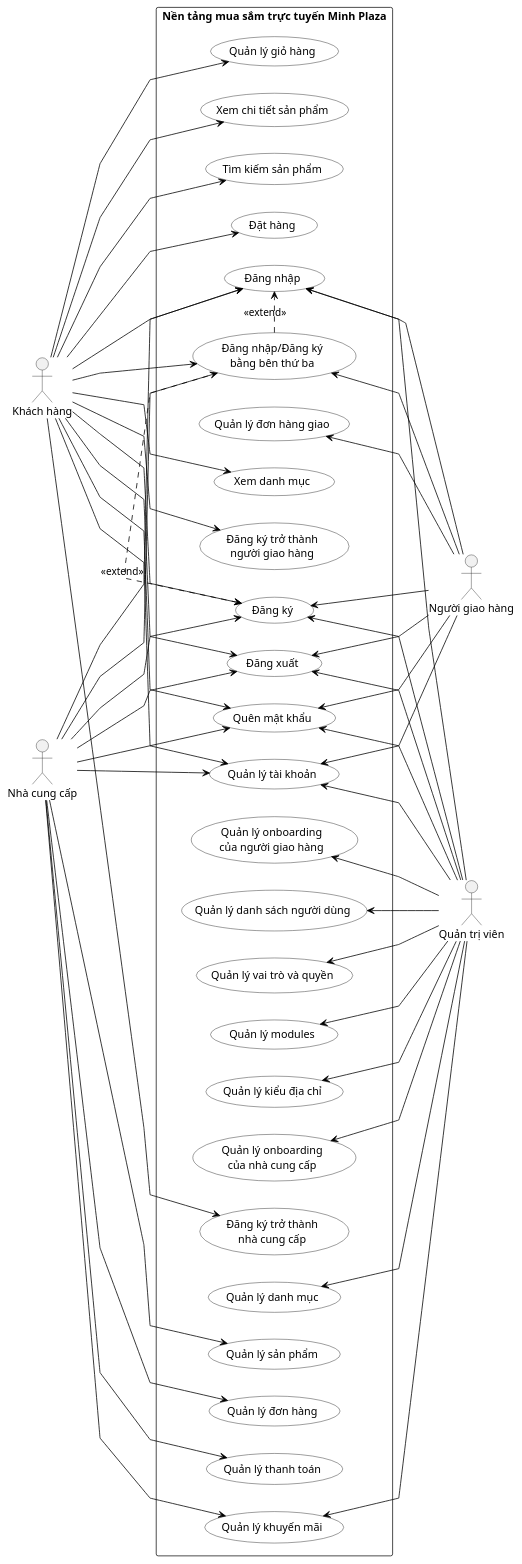
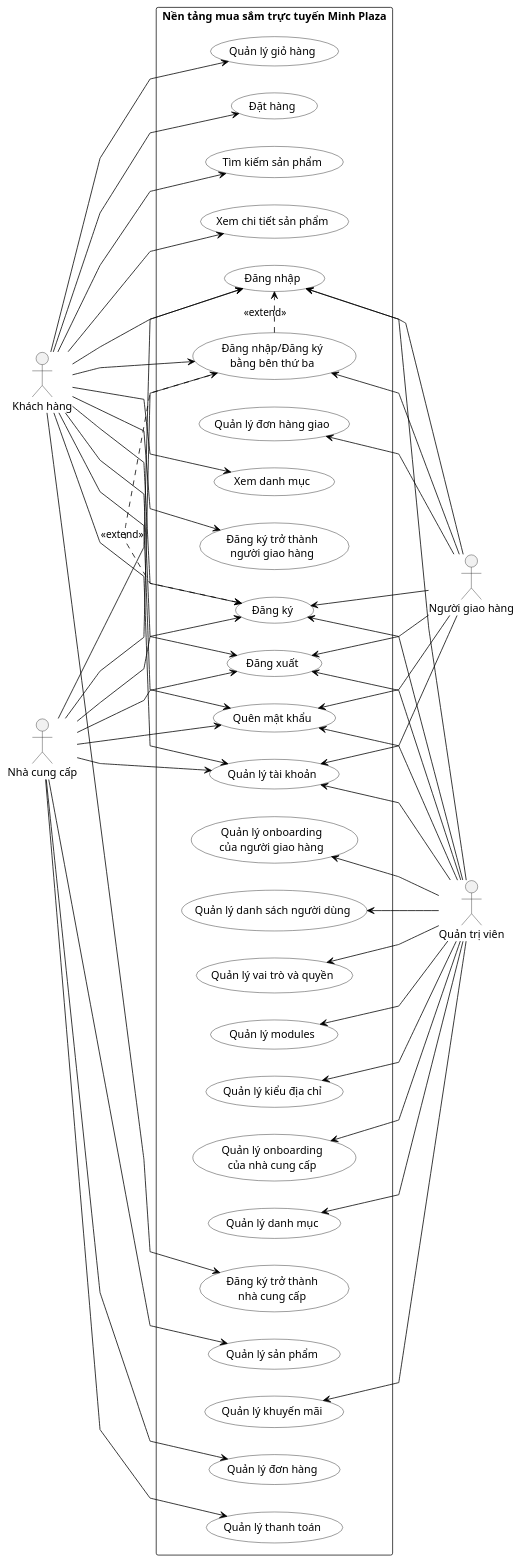
One commit to TienMinh25/ecommerce-platform changed the diagram in docs/use-case-tong-quan.puml. Above: the diagram before and after it, drawn with PlantUML. The commit also changed 17 other files, not shown here.

```diff
--- a/docs/use-case-tong-quan.puml
+++ b/docs/use-case-tong-quan.puml
@@ -1,118 +1,117 @@
 @startuml
 ' Use horizontal layout with actors on both sides
 left to right direction
 ' Improve visual appearance
 skinparam usecase {
   BackgroundColor white
   BorderColor black
   ArrowColor black
 }
 skinparam packageStyle rectangle
 skinparam linetype polyline
 ' Left actors
 actor "Khách hàng" as kh
 actor "Nhà cung cấp" as ncc
 ' Right actors
 actor "Quản trị viên" as qtv
 actor "Người giao hàng" as ngh
 ' Group common use cases in the middle (short names on same rows)
 rectangle "Nền tảng mua sắm trực tuyến Minh Plaza" {
   ' Authentication use cases - rearranged for better layout
   usecase "Đăng ký" as UC2
   usecase "Đăng nhập/Đăng ký\nbằng bên thứ ba" as UC30
   usecase "Đăng nhập" as UC1
 
   usecase "Đăng xuất" as UC3
   usecase "Quên mật khẩu" as UC4
 
   ' User management use cases (admin)
   usecase "Quản lý danh sách người dùng" as UC5
   usecase "Quản lý vai trò và quyền" as UC6
   usecase "Quản lý modules" as UC7
   usecase "Quản lý kiểu địa chỉ" as UC8
   usecase "Quản lý onboarding\ncủa người giao hàng" as UC9
   usecase "Quản lý onboarding\ncủa nhà cung cấp" as UC31
 
   ' Account and profile use cases
   usecase "Quản lý tài khoản" as UC10
 
   ' Catalog management use cases
   usecase "Quản lý danh mục" as UC11
   usecase "Quản lý khuyến mãi" as UC12
   usecase "Quản lý sản phẩm" as UC19
 
   ' Customer-facing use cases
   usecase "Quản lý giỏ hàng" as UC13
   usecase "Tìm kiếm sản phẩm" as UC14
   usecase "Xem chi tiết sản phẩm" as UC15
   usecase "Đặt hàng" as UC16
   usecase "Xem danh mục" as UC18
 
   ' Supplier-facing use cases
   usecase "Quản lý đơn hàng" as UC21
   usecase "Quản lý thanh toán" as UC22
 
   ' Delivery person use cases
   usecase "Quản lý đơn hàng giao" as UC24
 
   ' New customer onboarding use cases
   usecase "Đăng ký trở thành\nngười giao hàng" as UC28
   usecase "Đăng ký trở thành\nnhà cung cấp" as UC29
 }
 
 ' Extend relationships
 UC2 <. UC30 : <<extend>>
 UC30 .> UC1 : <<extend>>
 
 ' Connect actors to their use cases
 ' Khách hàng connections
 kh --> UC1
 kh --> UC2
 kh --> UC3
 kh --> UC4
 kh --> UC10
 kh --> UC13
 kh --> UC14
 kh --> UC15
 kh --> UC16
 kh --> UC18
 kh --> UC28
 kh --> UC29
 kh --> UC30
 
 ' Nhà cung cấp connections
 ncc --> UC1
 ncc --> UC2
 ncc --> UC3
 ncc --> UC4
 ncc --> UC10
-ncc --> UC12
 ncc --> UC19
 ncc --> UC21
 ncc --> UC22
 ncc --> UC30
 
 ' Admin connections
 UC5 <-- qtv
 UC6 <-- qtv
 UC7 <-- qtv
 UC8 <-- qtv
 UC9 <-- qtv
 UC31 <-- qtv
 UC10 <-- qtv
 UC11 <-- qtv
 UC12 <-- qtv
 UC1 <-- qtv
 UC2 <-- qtv
 UC3 <-- qtv
 UC4 <-- qtv
 
 ' Delivery person connections
 UC1 <-- ngh
 UC2 <-- ngh
 UC3 <-- ngh
 UC4 <-- ngh
 UC10 <-- ngh
 UC24 <-- ngh
 UC30 <-- ngh
 @enduml
```
